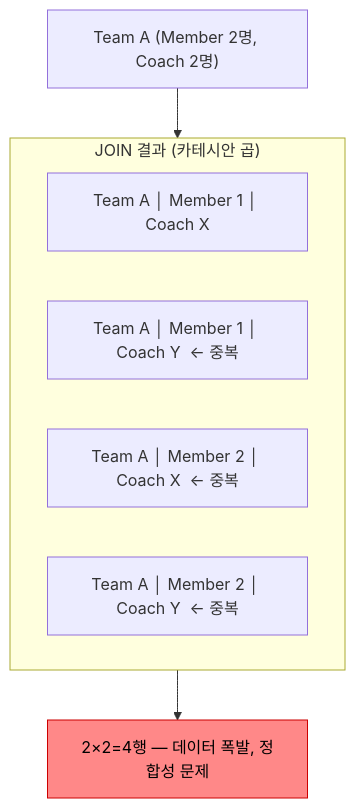
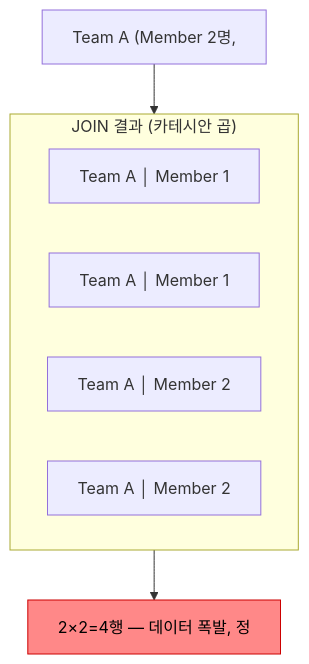
The fifth of 6 diagrams in _posts/jpa/2026-05-01-jpa-n-plus-1.md (yjkim2015/yjkim2015.github.io), drawn with Mermaid before and after one commit. The commit also changed other lines of this file and 271 other files, not shown here.

First line of the commit message:
Mermaid 라벨 축소: 긴 노드 텍스트 18자 이하로 트림 + \n 제거

````diff
--- a/_posts/jpa/2026-05-01-jpa-n-plus-1.md
+++ b/_posts/jpa/2026-05-01-jpa-n-plus-1.md
@@ -510,13 +510,13 @@
 ```mermaid
 graph TD
-    TA["Team A (Member 2명, Coach 2명)"]
+    TA["Team A (Member 2명,"]
     subgraph JOIN["JOIN 결과 (카테시안 곱)"]
-        R1["Team A │ Member 1 │ Coach X"]
-        R2["Team A │ Member 1 │ Coach Y  ← 중복"]
-        R3["Team A │ Member 2 │ Coach X  ← 중복"]
-        R4["Team A │ Member 2 │ Coach Y  ← 중복"]
+        R1["Team A │ Member 1"]
+        R2["Team A │ Member 1"]
+        R3["Team A │ Member 2"]
+        R4["Team A │ Member 2"]
     end
     TA --> JOIN
-    JOIN --> PROB["2×2=4행 — 데이터 폭발, 정합성 문제"]
+    JOIN --> PROB["2×2=4행 — 데이터 폭발, 정"]
     style PROB fill:#f88,stroke:#c00,color:#000
 ```
````
